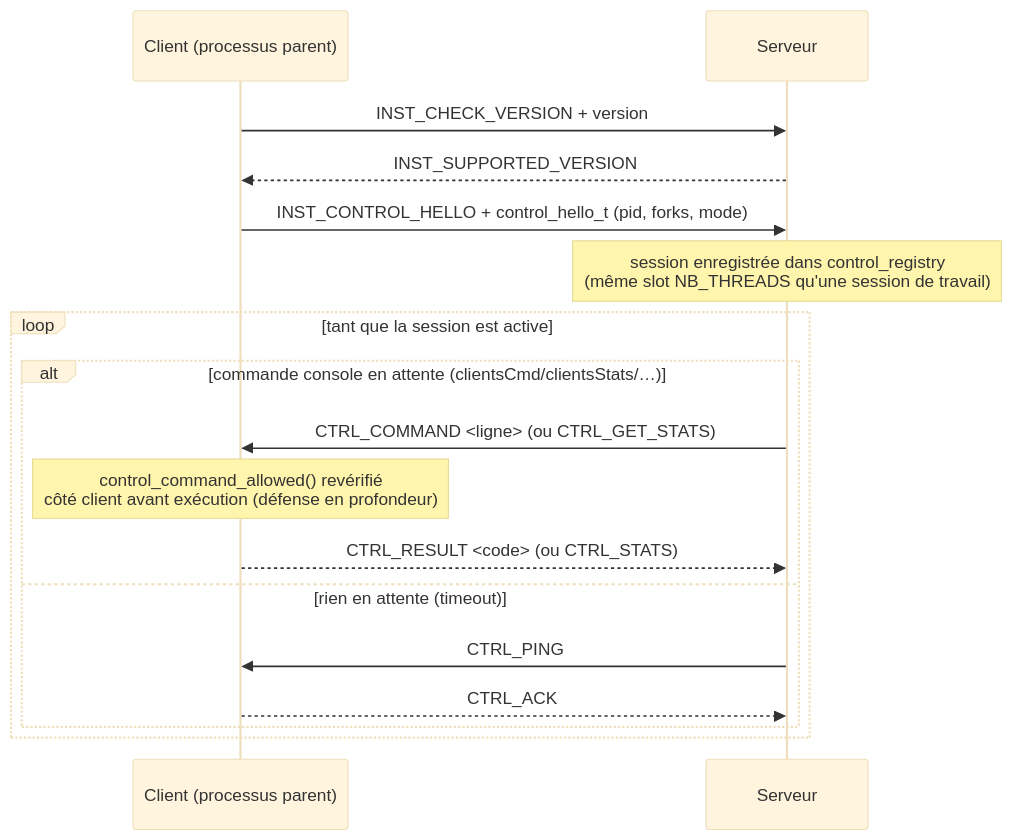
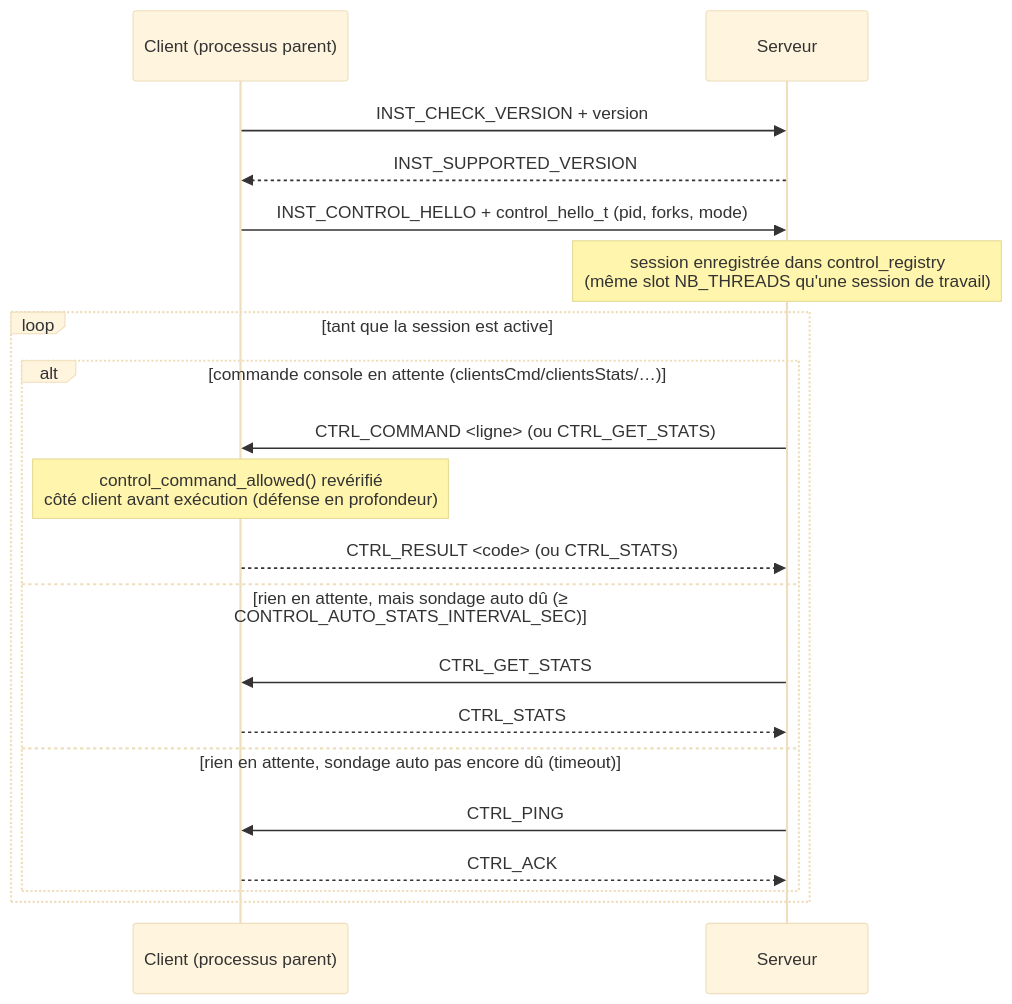
Before and after one commit to xaviergriffon/eternityII: the fifth of 6 diagrams in docs/echanges_client_serveur.md, drawn with Mermaid (base theme). The commit also changed other lines of this file and 6 other files, not shown here.

First line of the commit message:
Sonde automatique CTRL_GET_STATS pour resynchroniser le meilleur plateau client

````diff
--- a/docs/echanges_client_serveur.md
+++ b/docs/echanges_client_serveur.md
@@ -174,19 +174,22 @@
 ```mermaid
 sequenceDiagram
     participant Cp as Client (processus parent)
     participant S as Serveur
     Cp->>S: INST_CHECK_VERSION + version
     S-->>Cp: INST_SUPPORTED_VERSION
     Cp->>S: INST_CONTROL_HELLO + control_hello_t (pid, forks, mode)
     Note over S: session enregistrée dans control_registry<br/>(même slot NB_THREADS qu'une session de travail)
     loop tant que la session est active
         alt commande console en attente (clientsCmd/clientsStats/…)
             S->>Cp: CTRL_COMMAND <ligne> (ou CTRL_GET_STATS)
             Note over Cp: control_command_allowed() revérifié<br/>côté client avant exécution (défense en profondeur)
             Cp-->>S: CTRL_RESULT <code> (ou CTRL_STATS)
-        else rien en attente (timeout)
+        else rien en attente, mais sondage auto dû (≥ CONTROL_AUTO_STATS_INTERVAL_SEC)
+            S->>Cp: CTRL_GET_STATS
+            Cp-->>S: CTRL_STATS
+        else rien en attente, sondage auto pas encore dû (timeout)
             S->>Cp: CTRL_PING
             Cp-->>S: CTRL_ACK
         end
     end
 ```
````
